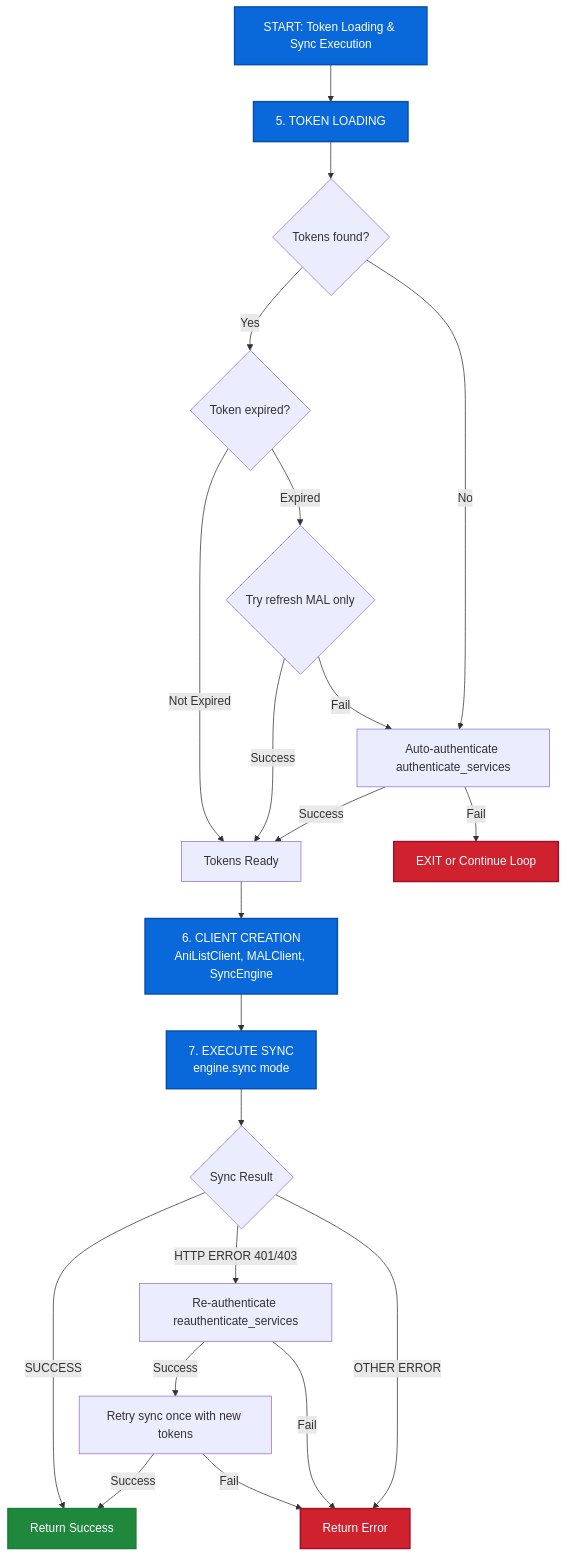
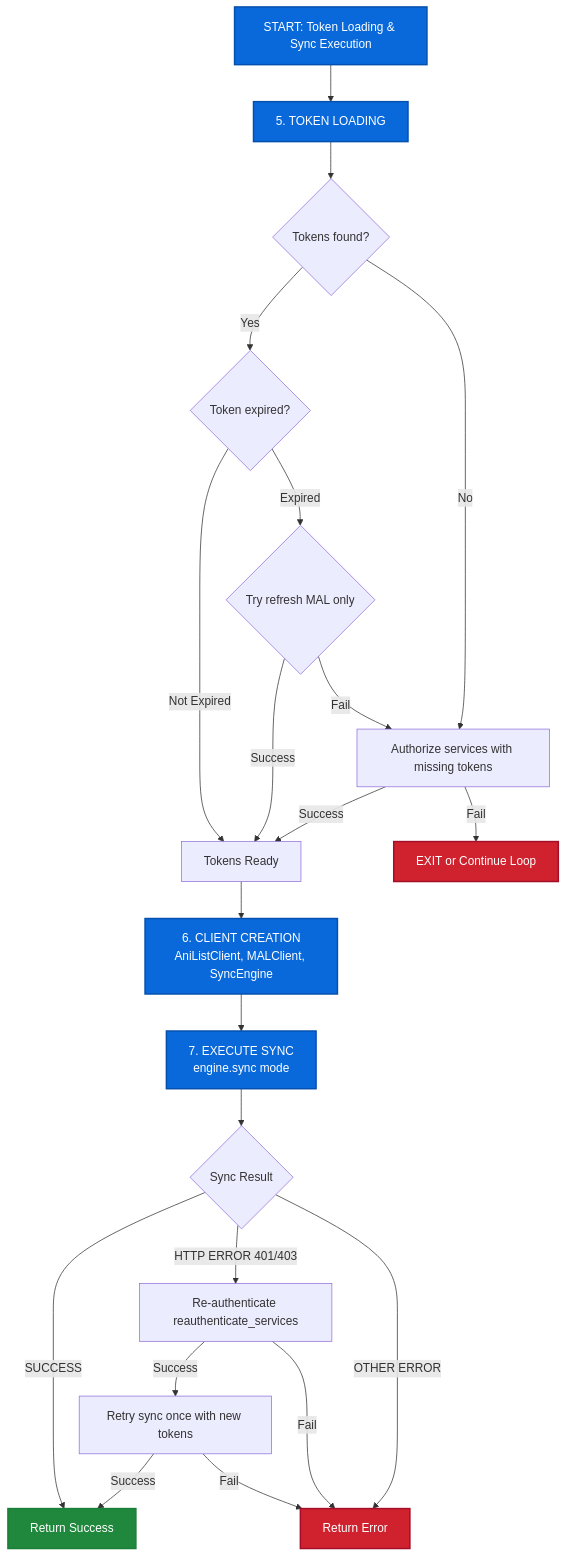
Before and after one commit to Tareku99/anilist-mal-sync: the second of 4 diagrams in README.md, drawn with Mermaid. The commit also changed other lines of this file and 16 other files, not shown here.

````diff
--- a/README.md
+++ b/README.md
@@ -299,42 +301,42 @@
 ```mermaid
 flowchart TD
     TokenSyncFlow[START: Token Loading & Sync Execution] --> TokenLoad[5. TOKEN LOADING]
     
     TokenLoad --> TokensFound{Tokens found?}
     
     TokensFound -->|Yes| CheckExpired{Token expired?}
-    TokensFound -->|No| AutoAuth[Auto-authenticate authenticate_services]
+    TokensFound -->|No| AutoAuth[Authorize services with missing tokens]
     
     AutoAuth -->|Success| TokenReady
     AutoAuth -->|Fail| ExitAuth[EXIT or Continue Loop]
     
     CheckExpired -->|Not Expired| TokenReady
     CheckExpired -->|Expired| RefreshToken{Try refresh MAL only}
     
     RefreshToken -->|Success| TokenReady
     RefreshToken -->|Fail| AutoAuth
     
     TokenReady[Tokens Ready] --> ClientCreate[6. CLIENT CREATION<br/>AniListClient, MALClient, SyncEngine]
     
     ClientCreate --> SyncExecute[7. EXECUTE SYNC<br/>engine.sync mode]
     
     SyncExecute --> SyncResult{Sync Result}
     
     SyncResult -->|SUCCESS| ReturnSuccess[Return Success]
     SyncResult -->|HTTP ERROR 401/403| ReAuth[Re-authenticate reauthenticate_services]
     SyncResult -->|OTHER ERROR| ReturnError[Return Error]
     
     ReAuth -->|Success| RetrySync[Retry sync once with new tokens]
     ReAuth -->|Fail| ReturnError
     
     RetrySync -->|Success| ReturnSuccess
     RetrySync -->|Fail| ReturnError
     
     style TokenSyncFlow fill:#0969da,stroke:#0550ae,stroke-width:2px,color:#fff
     style TokenLoad fill:#0969da,stroke:#0550ae,stroke-width:2px,color:#fff
     style ClientCreate fill:#0969da,stroke:#0550ae,stroke-width:2px,color:#fff
     style SyncExecute fill:#0969da,stroke:#0550ae,stroke-width:2px,color:#fff
     style ReturnSuccess fill:#1f883d,stroke:#1a7f37,stroke-width:2px,color:#fff
     style ReturnError fill:#cf222e,stroke:#a40e26,stroke-width:2px,color:#fff
     style ExitAuth fill:#cf222e,stroke:#a40e26,stroke-width:2px,color:#fff
 ```
````
